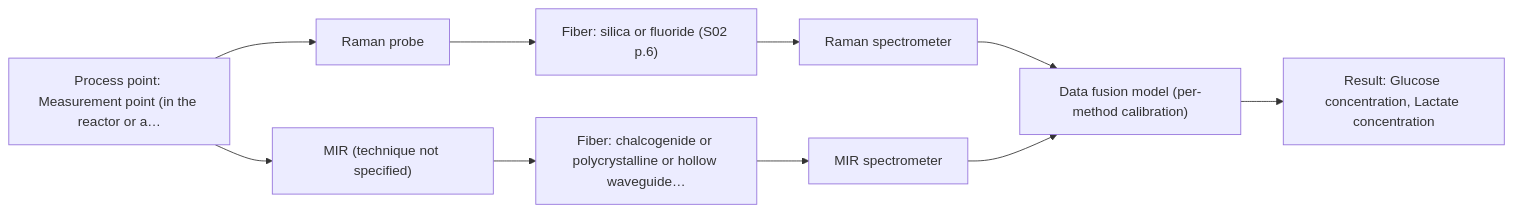
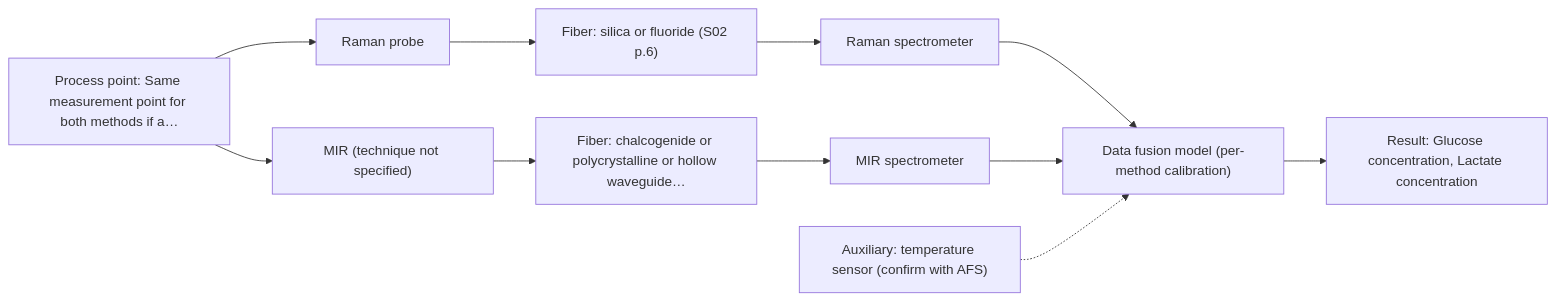
The second of 2 diagrams in outputs/dev/D04.md (sleipnir029/Afs-Spectroscopy-Assistant), drawn with Mermaid before and after one commit. The commit also changed other lines of this file and 7 other files, not shown here.

````diff
--- a/outputs/dev/D04.md
+++ b/outputs/dev/D04.md
@@ -93,21 +87,23 @@
 ```mermaid
 flowchart LR
-    proc["Process point: Measurement point (in the reactor or a…"]
+    proc["Process point: Same measurement point for both methods if a…"]
     probe1["Raman probe"]
     fiber1["Fiber: silica or fluoride (S02 p.6)"]
     spec1["Raman spectrometer"]
     probe2["MIR (technique not specified)"]
     fiber2["Fiber: chalcogenide or polycrystalline or hollow waveguide…"]
     spec2["MIR spectrometer"]
     model["Data fusion model (per-method calibration)"]
     result["Result: Glucose concentration, Lactate concentration"]
+    aux1["Auxiliary: temperature sensor (confirm with AFS)"]
     proc --> probe1
     probe1 --> fiber1
     fiber1 --> spec1
     spec1 --> model
     proc --> probe2
     probe2 --> fiber2
     fiber2 --> spec2
     spec2 --> model
     model --> result
+    aux1 -.-> model
 ```
````
